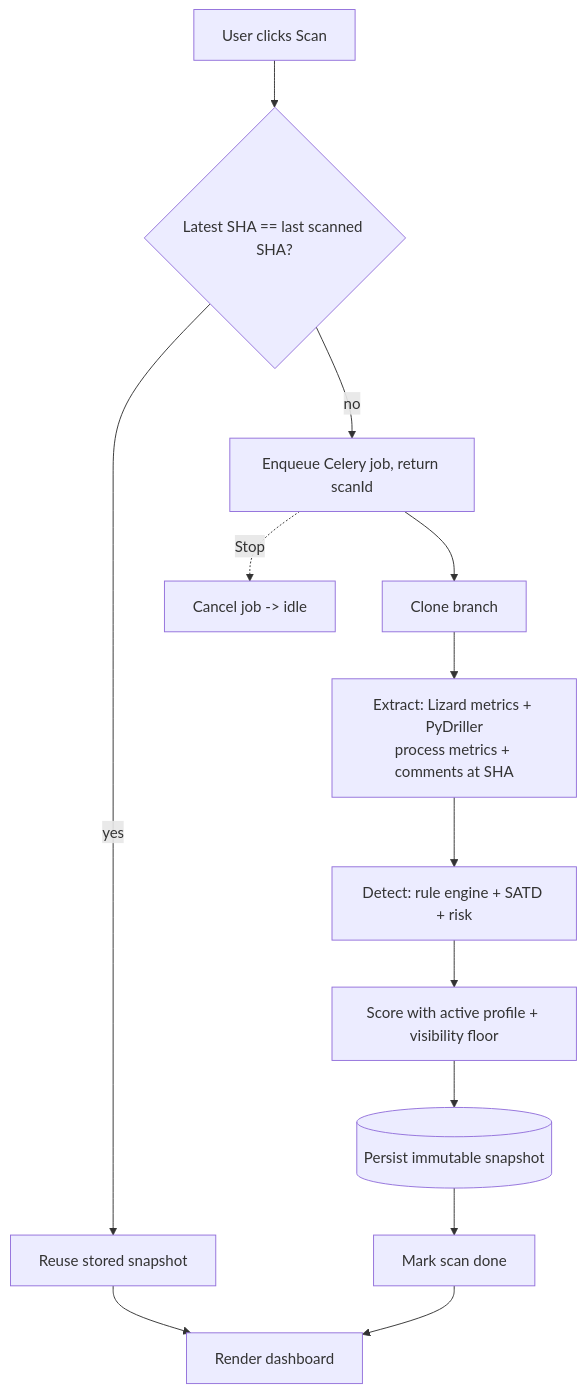
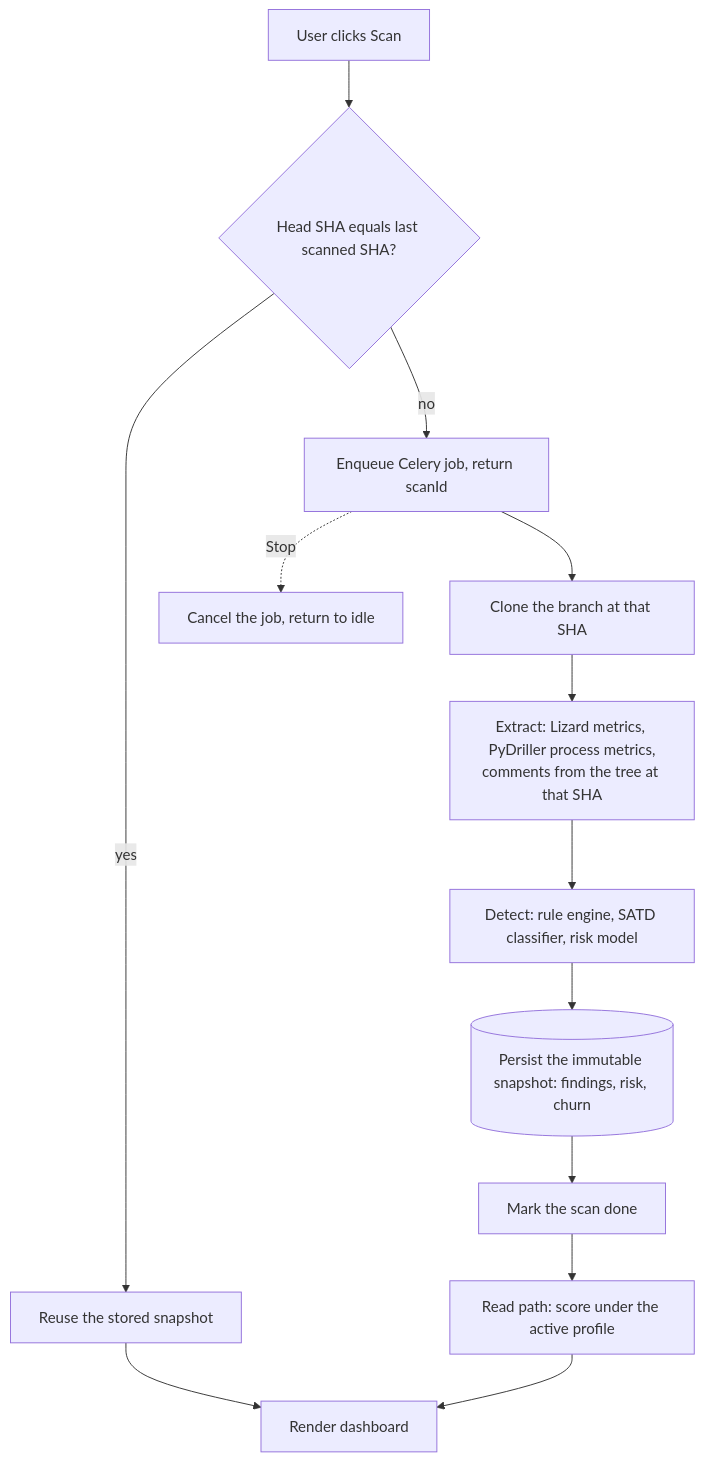
One commit to JPabasara/CodeSage-AI changed the fourth of 9 diagrams in docs/Deliverables/Software_Architecture_Document.md. Above: the diagram before and after it, drawn with Mermaid. The commit also changed other lines of this file, not shown here.

````diff
--- a/docs/Deliverables/Software_Architecture_Document.md
+++ b/docs/Deliverables/Software_Architecture_Document.md
@@ -254,14 +322,14 @@
 ```mermaid
 flowchart TD
-    A[User clicks Scan] --> B{Latest SHA == last scanned SHA?}
-    B -- yes --> R[Reuse stored snapshot] --> Z[Render dashboard]
+    A[User clicks Scan] --> B{Head SHA equals last scanned SHA?}
+    B -- yes --> R[Reuse the stored snapshot] --> Z[Render dashboard]
     B -- no --> C[Enqueue Celery job, return scanId]
-    C --> D[Clone branch]
-    D --> E["Extract: Lizard metrics + PyDriller<br/>process metrics + comments at SHA"]
-    E --> F[Detect: rule engine + SATD + risk]
-    F --> G[Score with active profile + visibility floor]
-    G --> H[(Persist immutable snapshot)]
-    H --> I[Mark scan done]
-    I --> Z
-    C -.Stop.-> X[Cancel job -> idle] 
+    C --> D[Clone the branch at that SHA]
+    D --> E["Extract: Lizard metrics, PyDriller process metrics,<br/>comments from the tree at that SHA"]
+    E --> F[Detect: rule engine, SATD classifier, risk model]
+    F --> H[(Persist the immutable snapshot: findings, risk, churn)]
+    H --> I[Mark the scan done]
+    I --> Y[Read path: score under the active profile]
+    Y --> Z
+    C -.Stop.-> X[Cancel the job, return to idle]
 ```
````
